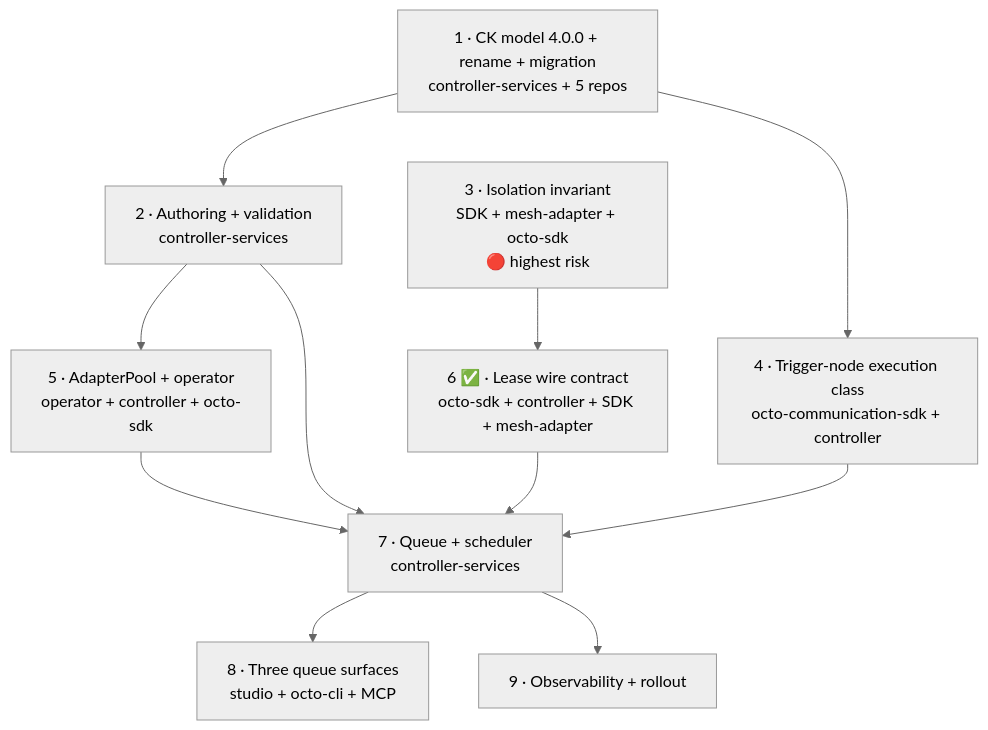
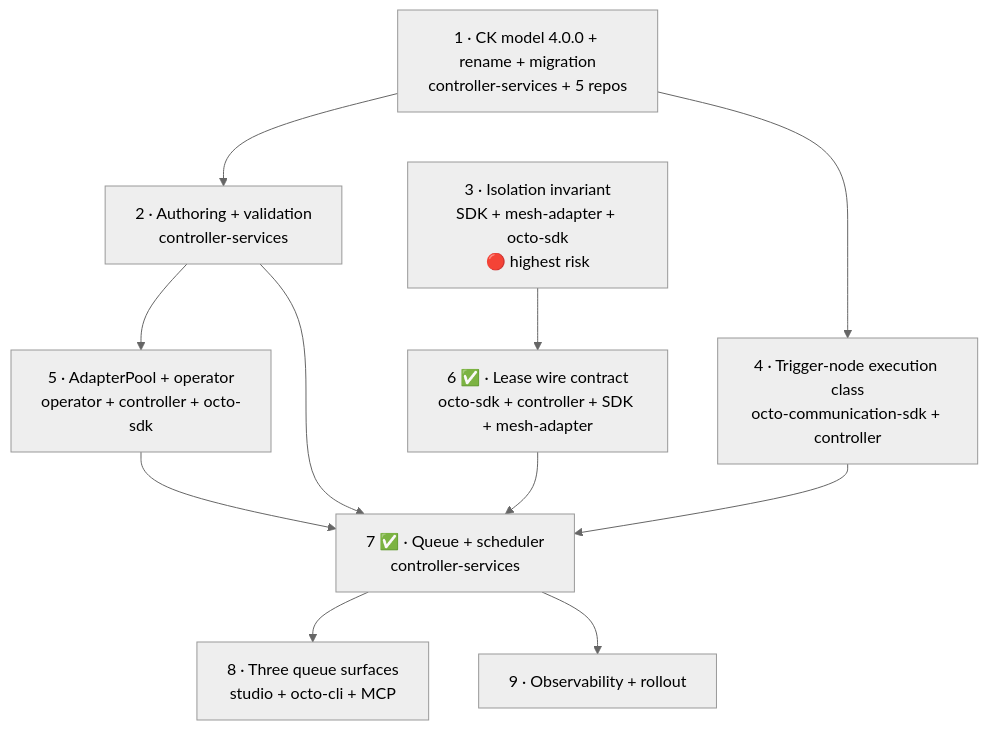
The diagram in docs/concepts/shared-adapter-leasing-implementation.md (meshmakers/octo-communication-controller-services), drawn with Mermaid (neutral theme) before and after one commit. The commit also changed other lines of this file and 28 other files, not shown here.

````diff
--- a/docs/concepts/shared-adapter-leasing-implementation.md
+++ b/docs/concepts/shared-adapter-leasing-implementation.md
@@ -48,22 +48,22 @@
 ```mermaid
 graph TD
     I1["1 · CK model 4.0.0 + rename + migration<br/>controller-services + 5 repos"]
     I2["2 · Authoring + validation<br/>controller-services"]
     I3["3 · Isolation invariant<br/>SDK + mesh-adapter + octo-sdk<br/>🔴 highest risk"]
     I4["4 · Trigger-node execution class<br/>octo-communication-sdk + controller"]
     I5["5 · AdapterPool + operator<br/>operator + controller + octo-sdk"]
     I6["6 ✅ · Lease wire contract<br/>octo-sdk + controller + SDK + mesh-adapter"]
-    I7["7 · Queue + scheduler<br/>controller-services"]
+    I7["7 ✅ · Queue + scheduler<br/>controller-services"]
     I8["8 · Three queue surfaces<br/>studio + octo-cli + MCP"]
     I9["9 · Observability + rollout"]
     I1 --> I2
     I1 --> I4
     I2 --> I5
     I2 --> I7
     I3 --> I6
     I4 --> I7
     I5 --> I7
     I6 --> I7
     I7 --> I8
     I7 --> I9
 ```
````
